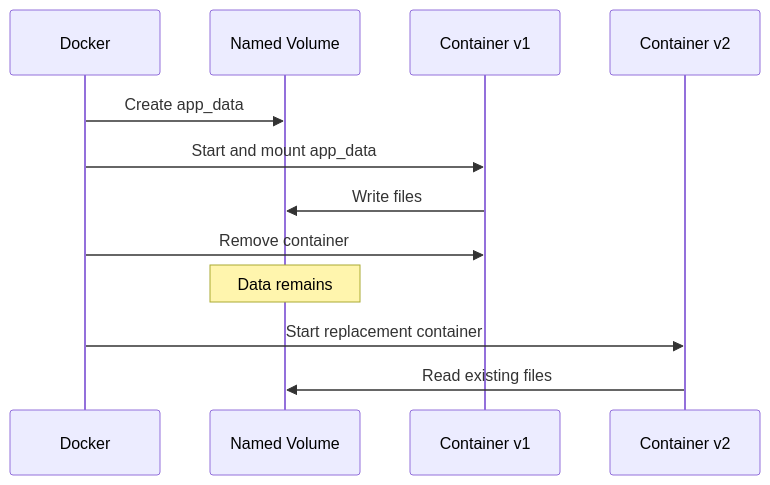
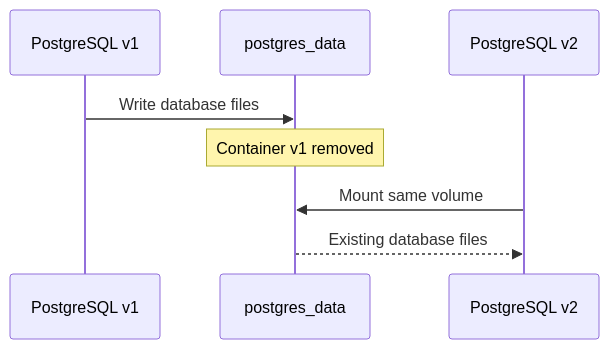
One commit to AvadhBhalodiya/Interview-Preparation changed the third of 8 diagrams in src/content/devops/docker-compose-networking.md. Above: the diagram before and after it, drawn with Mermaid. The commit also changed other lines of this file and 54 other files, not shown here.

````diff
--- a/src/content/devops/docker-compose-networking.md
+++ b/src/content/devops/docker-compose-networking.md
@@ -110,15 +143,11 @@
 ```mermaid
 sequenceDiagram
-    participant D as Docker
-    participant V as Named Volume
-    participant C1 as Container v1
-    participant C2 as Container v2
+    participant C1 as PostgreSQL v1
+    participant V as postgres_data
+    participant C2 as PostgreSQL v2
 
-    D->>V: Create app_data
-    D->>C1: Start and mount app_data
-    C1->>V: Write files
-    D->>C1: Remove container
-    Note over V: Data remains
-    D->>C2: Start replacement container
-    C2->>V: Read existing files
+    C1->>V: Write database files
+    Note over V: Container v1 removed
+    C2->>V: Mount same volume
+    V-->>C2: Existing database files
 ```
````
